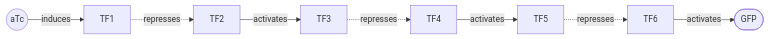
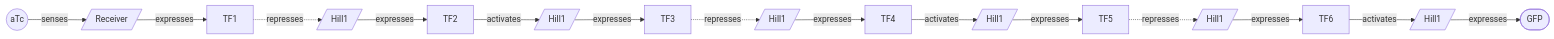
Before and after one commit to marpaia/quiver: the third of 3 diagrams in README.md, drawn with Mermaid. The commit also changed other lines of this file and 8 other files, not shown here.

````diff
--- a/README.md
+++ b/README.md
@@ -131,10 +142,17 @@
 ```mermaid
 flowchart LR
-  aTc((aTc)) -- induces --> TF1
-  TF1 -. represses .-> TF2
-  TF2 -- activates --> TF3
-  TF3 -. represses .-> TF4
-  TF4 -- activates --> TF5
-  TF5 -. represses .-> TF6
-  TF6 -- activates --> GFP([GFP])
+  aTc((aTc)) -- senses --> Rc[/Receiver/]
+  Rc -- expresses --> TF1
+  TF1 -. represses .-> P1[/Hill1/]
+  P1 -- expresses --> TF2
+  TF2 -- activates --> P2[/Hill1/]
+  P2 -- expresses --> TF3
+  TF3 -. represses .-> P3[/Hill1/]
+  P3 -- expresses --> TF4
+  TF4 -- activates --> P4[/Hill1/]
+  P4 -- expresses --> TF5
+  TF5 -. represses .-> P5[/Hill1/]
+  P5 -- expresses --> TF6
+  TF6 -- activates --> P6[/Hill1/]
+  P6 -- expresses --> GFP([GFP])
 ```
````
